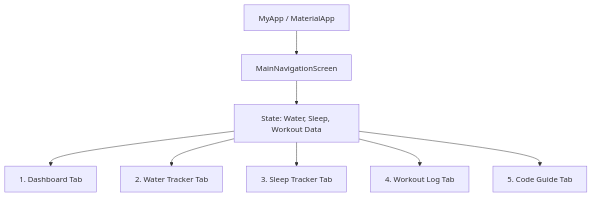
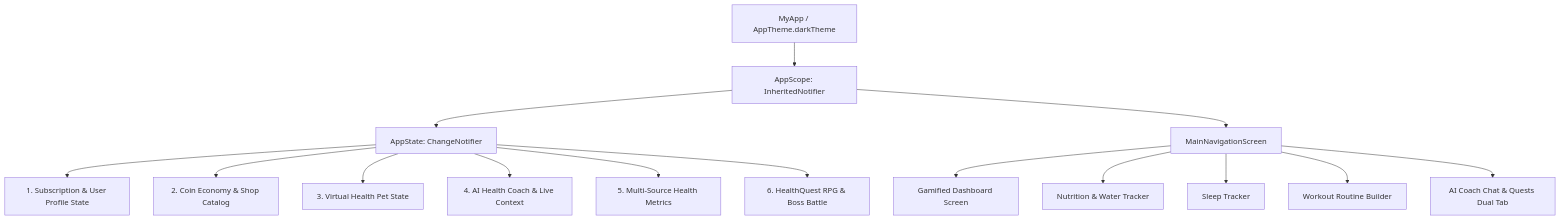
Before and after one commit to sonthep99-source/health_app: the diagram in CODE_EXPLANATION.md, drawn with Mermaid. The commit also changed other lines of this file and 26 other files, not shown here.

````diff
--- a/CODE_EXPLANATION.md
+++ b/CODE_EXPLANATION.md
@@ -52,11 +11,19 @@
 ```mermaid
 graph TD
-    App[MyApp / MaterialApp] --> Nav[MainNavigationScreen]
-    Nav --> State[State: Water, Sleep, Workout Data]
+    App[MyApp / AppTheme.darkTheme] --> Scope[AppScope: InheritedNotifier]
+    Scope --> State[AppState: ChangeNotifier]
     
-    State --> Tab0[1. Dashboard Tab]
-    State --> Tab1[2. Water Tracker Tab]
-    State --> Tab2[3. Sleep Tracker Tab]
-    State --> Tab3[4. Workout Log Tab]
-    State --> Tab4[5. Code Guide Tab]
+    State --> Sub1[1. Subscription & User Profile State]
+    State --> Sub2[2. Coin Economy & Shop Catalog]
+    State --> Sub3[3. Virtual Health Pet State]
+    State --> Sub4[4. AI Health Coach & Live Context]
+    State --> Sub5[5. Multi-Source Health Metrics]
+    State --> Sub6[6. HealthQuest RPG & Boss Battle]
+    
+    Scope --> Nav[MainNavigationScreen]
+    Nav --> Tab0[Gamified Dashboard Screen]
+    Nav --> Tab1[Nutrition & Water Tracker]
+    Nav --> Tab2[Sleep Tracker]
+    Nav --> Tab3[Workout Routine Builder]
+    Nav --> Tab4[AI Coach Chat & Quests Dual Tab]
 ```
````
